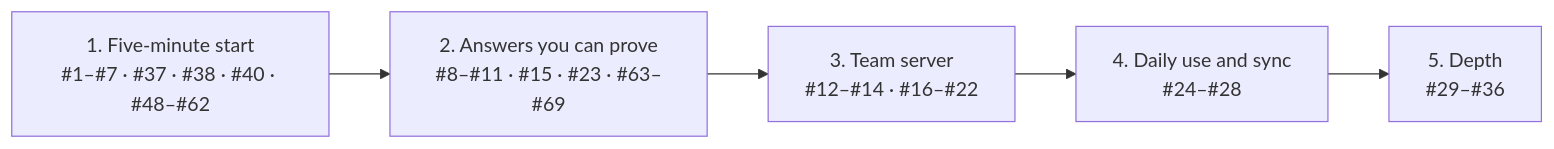
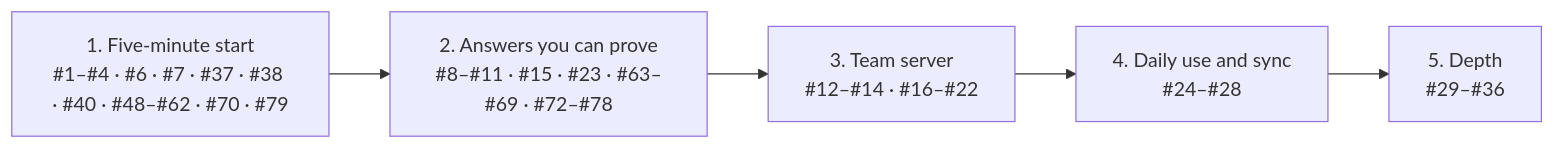
Before and after one commit to boudou/StrataKB: the second of 3 diagrams in docs/IMPROVEMENTS.md, drawn with Mermaid. The commit also changed other lines of this file and 71 other files, not shown here.

First line of the commit message:
Five-minute start: stratakb add, config.env, local-only mode, safer SQL tools (#106)

````diff
--- a/docs/IMPROVEMENTS.md
+++ b/docs/IMPROVEMENTS.md
@@ -46,7 +46,7 @@
 ```mermaid
 flowchart LR
-    m1["1. Five-minute start<br/>#1–#7 · #37 · #38 · #40 · #48–#62"] --> m2["2. Answers you can prove<br/>#8–#11 · #15 · #23 · #63–#69"]
+    m1["1. Five-minute start<br/>#1–#4 · #6 · #7 · #37 · #38 · #40 · #48–#62 · #70 · #79"] --> m2["2. Answers you can prove<br/>#8–#11 · #15 · #23 · #63–#69 · #72–#78"]
     m2 --> m3["3. Team server<br/>#12–#14 · #16–#22"]
     m3 --> m4["4. Daily use and sync<br/>#24–#28"]
     m4 --> m5["5. Depth<br/>#29–#36"]
 ```
````
